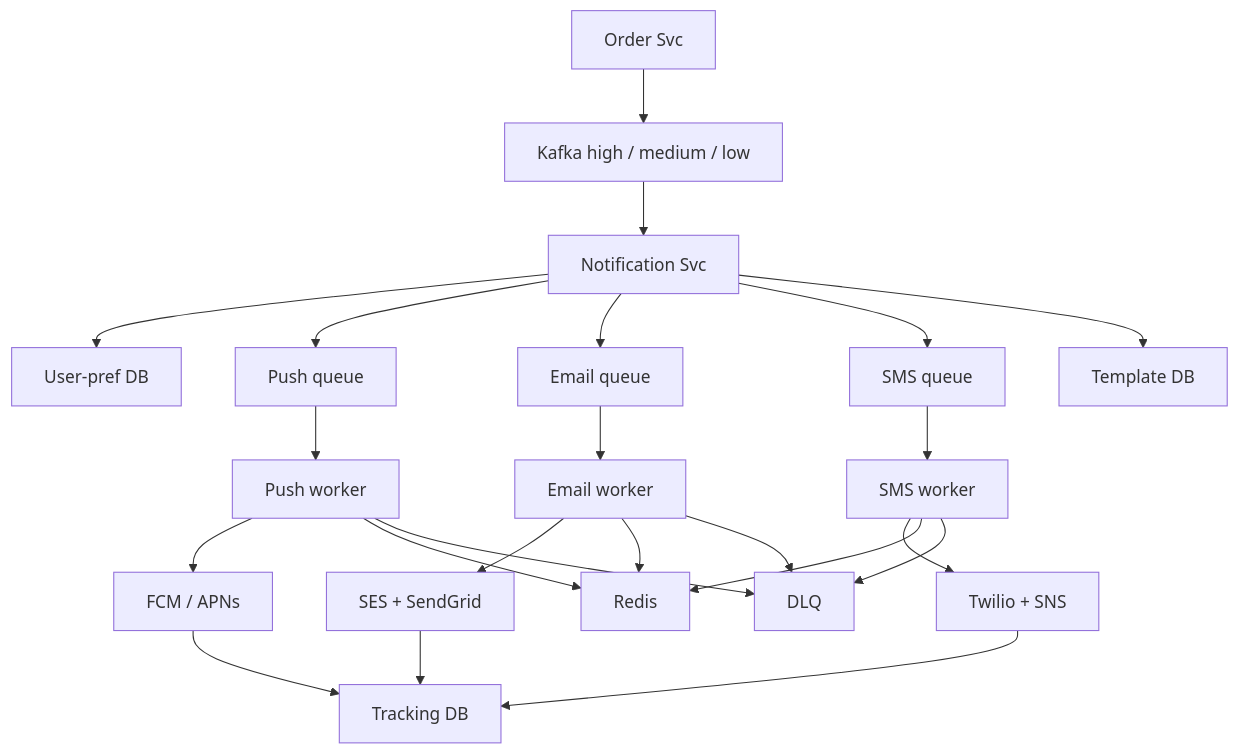
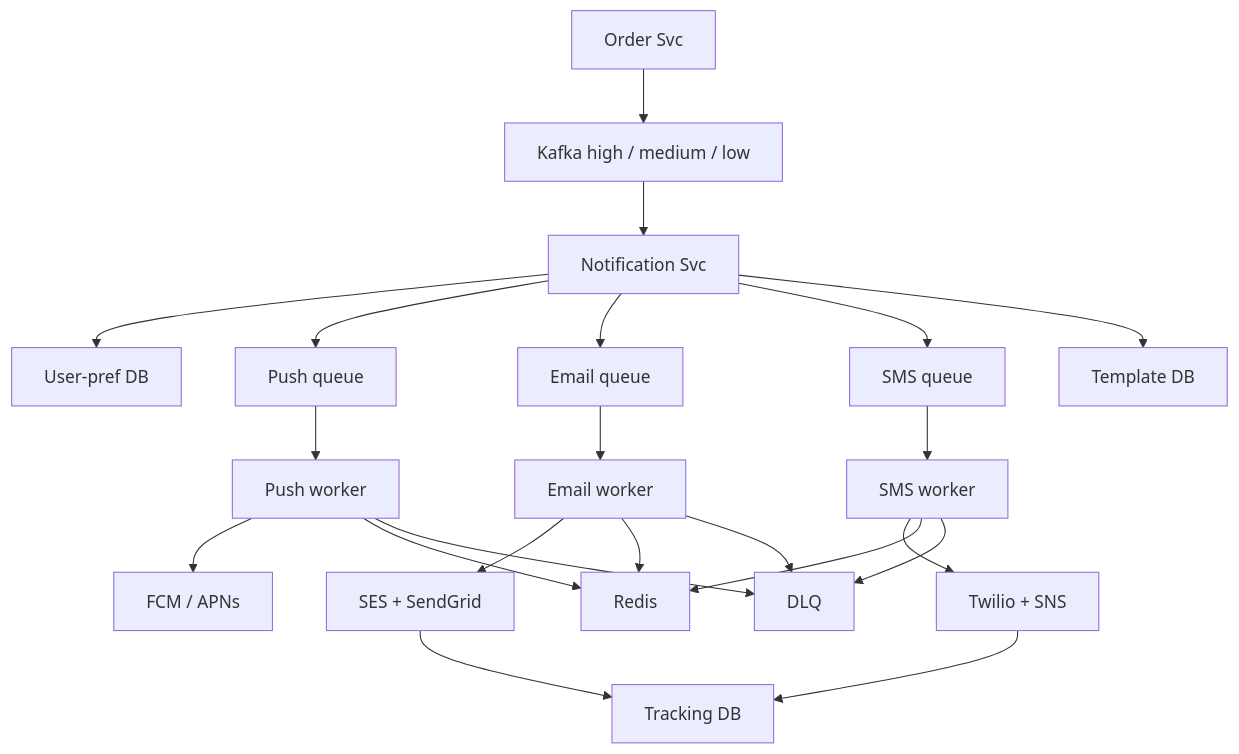
The ninth of 10 diagrams in 04_HLD/SYSTEM_DESIGNS/04_notification_system/04_notification_system.md (ArpanMaheshwari144/Prep), drawn with Mermaid before and after one commit. The commit also changed other lines of this file and 12 other files, not shown here.

````diff
--- a/04_HLD/SYSTEM_DESIGNS/04_notification_system/04_notification_system.md
+++ b/04_HLD/SYSTEM_DESIGNS/04_notification_system/04_notification_system.md
@@ -554,42 +559,41 @@
 ```mermaid
 flowchart TD
     n_Order_Svc["Order Svc"]
     n_Kafka_high_medium_low["Kafka high / medium / low"]
     n_Notification_Svc["Notification Svc"]
     n_User_pref_DB["User-pref DB"]
     n_Template_DB["Template DB"]
     n_Push_queue["Push queue"]
     n_Push_worker["Push worker"]
     n_FCM_APNs["FCM / APNs"]
     n_Email_queue["Email queue"]
     n_Email_worker["Email worker"]
     n_SES_SendGrid["SES + SendGrid"]
     n_SMS_queue["SMS queue"]
     n_SMS_worker["SMS worker"]
     n_Twilio_SNS["Twilio + SNS"]
     n_Redis["Redis"]
     n_Tracking_DB["Tracking DB"]
     n_DLQ["DLQ"]
     n_Order_Svc --> n_Kafka_high_medium_low
     n_Kafka_high_medium_low --> n_Notification_Svc
     n_Notification_Svc --> n_User_pref_DB
     n_Notification_Svc --> n_Push_queue
     n_Notification_Svc --> n_Email_queue
     n_Notification_Svc --> n_SMS_queue
     n_Notification_Svc --> n_Template_DB
     n_Push_queue --> n_Push_worker
     n_Push_worker --> n_FCM_APNs
     n_Email_queue --> n_Email_worker
     n_Email_worker --> n_SES_SendGrid
     n_SMS_queue --> n_SMS_worker
     n_SMS_worker --> n_Twilio_SNS
     n_SMS_worker --> n_Redis
     n_SMS_worker --> n_DLQ
     n_Twilio_SNS --> n_Tracking_DB
     n_Push_worker --> n_Redis
     n_Email_worker --> n_Redis
     n_Push_worker --> n_DLQ
     n_Email_worker --> n_DLQ
-    n_FCM_APNs --> n_Tracking_DB
     n_SES_SendGrid --> n_Tracking_DB
 ```
````
